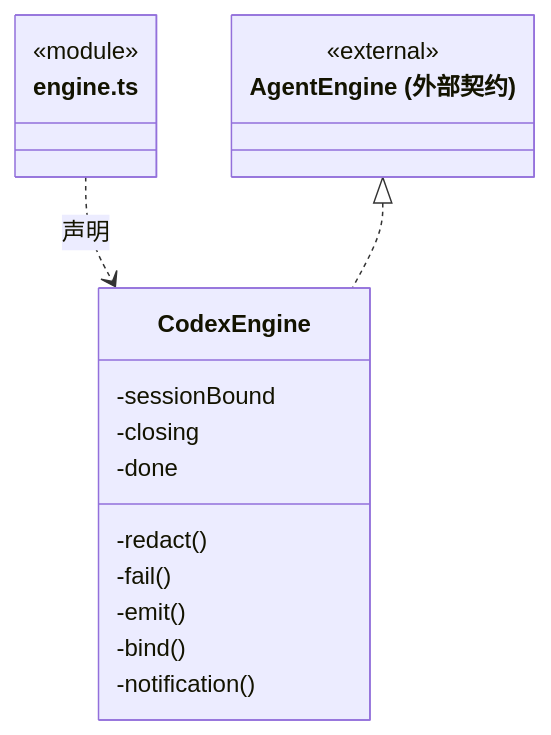
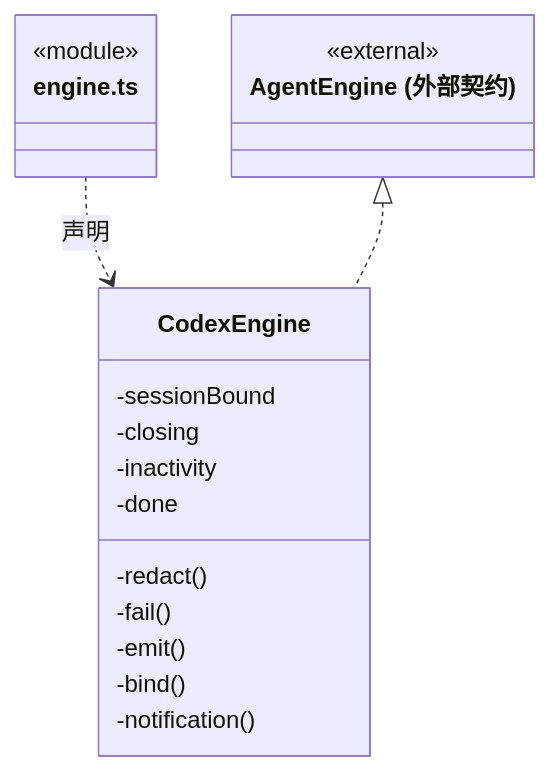
One commit to nan023062/cbim changed the fourth of 12 diagrams in src/backend/engines/codex/ARCHITECTURE.md. Above: the diagram before and after it, drawn with Mermaid. The commit also changed other lines of this file and 25 other files, not shown here.

````diff
--- a/src/backend/engines/codex/ARCHITECTURE.md
+++ b/src/backend/engines/codex/ARCHITECTURE.md
@@ -92,21 +92,22 @@
 ```mermaid
 classDiagram
 class N_src_backend_engines_codex_engine_ts["engine.ts"] {
   <<module>>
 }
 class N_src_backend_engines_codex_engine_ts_CodexEngine["CodexEngine"] {
   -sessionBound
   -closing
+  -inactivity
   -done
   -redact()
   -fail()
   -emit()
   -bind()
   -notification()
 }
 N_src_backend_engines_codex_engine_ts ..> N_src_backend_engines_codex_engine_ts_CodexEngine : 声明
 class N_src_backend_engines_codex_engine_ts_external_AgentEngine["AgentEngine (外部契约)"] {
   <<external>>
 }
 N_src_backend_engines_codex_engine_ts_external_AgentEngine <|.. N_src_backend_engines_codex_engine_ts_CodexEngine
 ```
````
